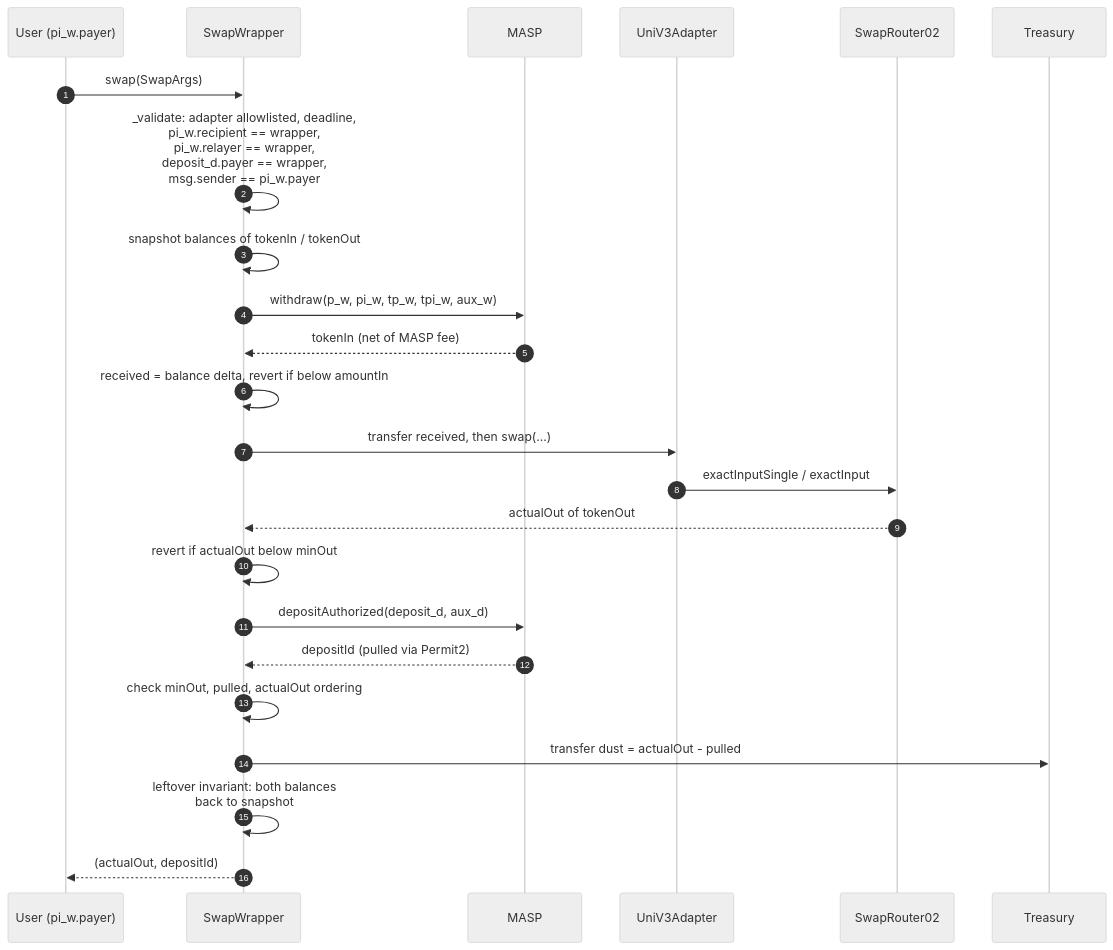
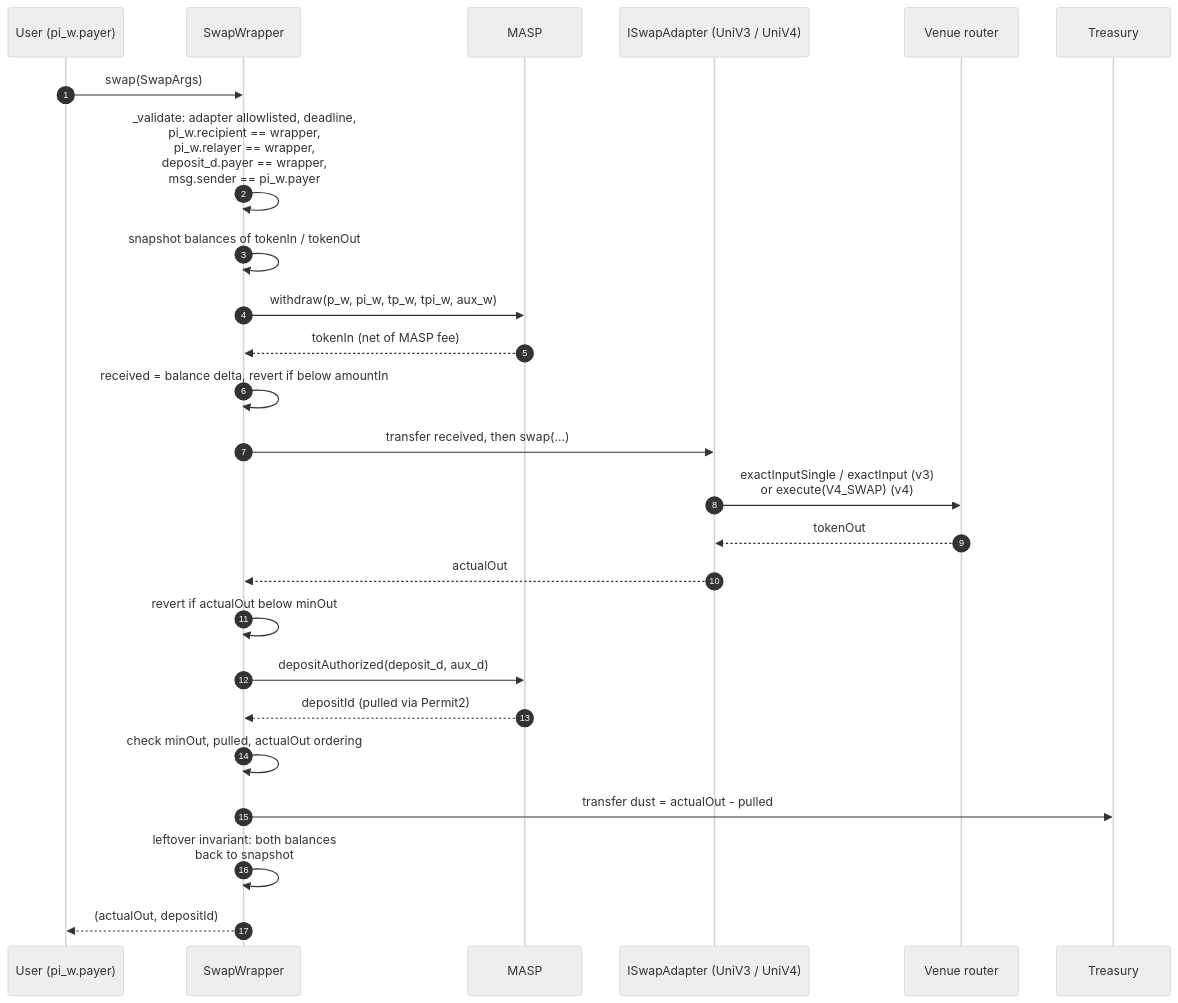
The tenth of 10 diagrams in src/README.md (lelantos-org/contracts), drawn with Mermaid (neutral theme) before and after one commit. The commit also changed other lines of this file and 17 other files, not shown here.

````diff
--- a/src/README.md
+++ b/src/README.md
@@ -426,27 +426,28 @@
 ```mermaid
 sequenceDiagram
   autonumber
   participant U as User (pi_w.payer)
   participant SW as SwapWrapper
   participant M as MASP
-  participant AD as UniV3Adapter
-  participant RT as SwapRouter02
+  participant AD as ISwapAdapter (UniV3 / UniV4)
+  participant RT as Venue router
   participant TR as Treasury
 
   U->>SW: swap(SwapArgs)
   SW->>SW: _validate: adapter allowlisted, deadline,<br/>pi_w.recipient == wrapper,<br/>pi_w.relayer == wrapper,<br/>deposit_d.payer == wrapper,<br/>msg.sender == pi_w.payer
   SW->>SW: snapshot balances of tokenIn / tokenOut
   SW->>M: withdraw(p_w, pi_w, tp_w, tpi_w, aux_w)
   M-->>SW: tokenIn (net of MASP fee)
   SW->>SW: received = balance delta, revert if below amountIn
   SW->>AD: transfer received, then swap(...)
-  AD->>RT: exactInputSingle / exactInput
-  RT-->>SW: actualOut of tokenOut
+  AD->>RT: exactInputSingle / exactInput (v3)<br/>or execute(V4_SWAP) (v4)
+  RT-->>AD: tokenOut
+  AD-->>SW: actualOut
   SW->>SW: revert if actualOut below minOut
   SW->>M: depositAuthorized(deposit_d, aux_d)
   M-->>SW: depositId (pulled via Permit2)
   SW->>SW: check minOut, pulled, actualOut ordering
   SW->>TR: transfer dust = actualOut - pulled
   SW->>SW: leftover invariant: both balances<br/>back to snapshot
   SW-->>U: (actualOut, depositId)
 ```
````
